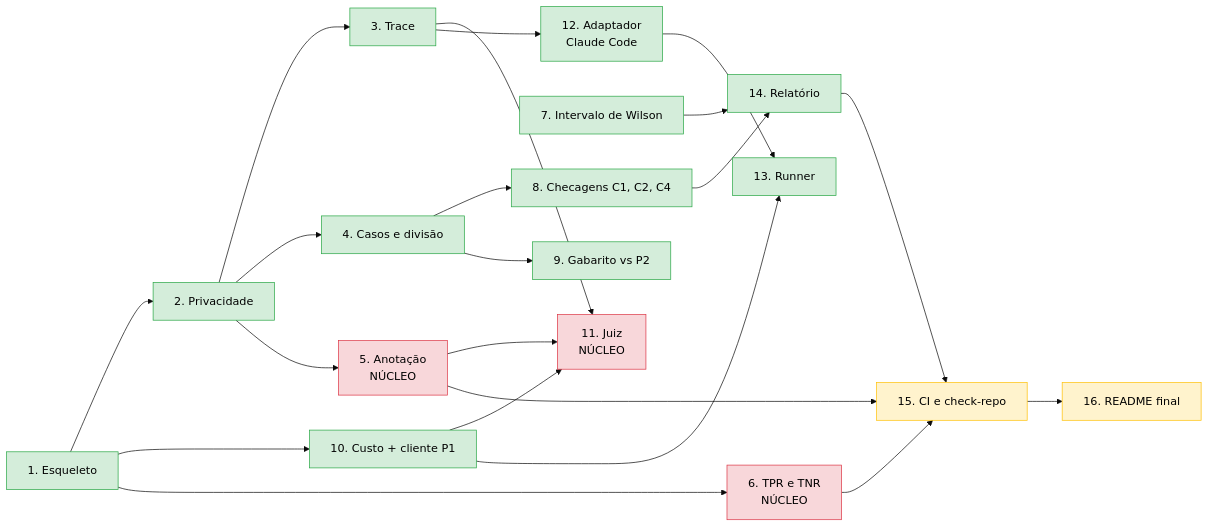
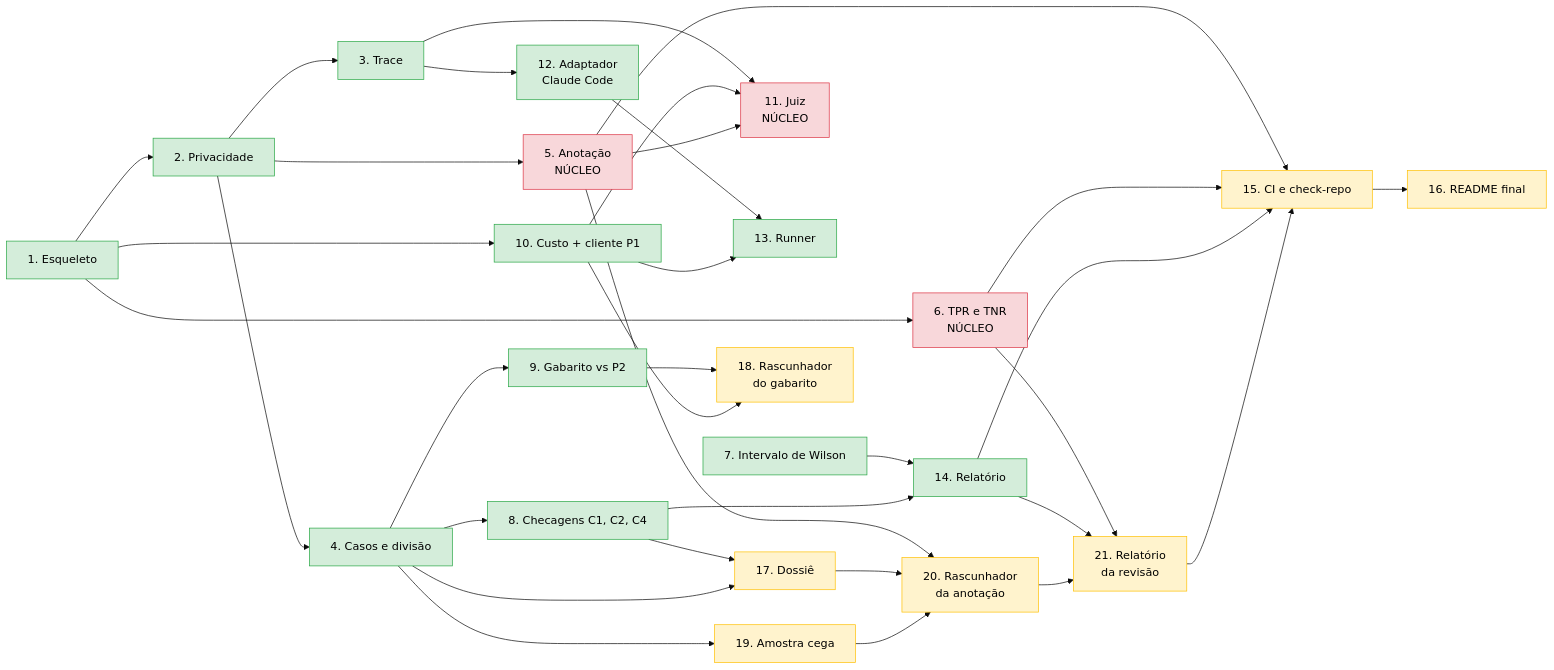
One commit to CristianonCarvalho/harness-p3-evals changed the diagram in docs/diagramas/09-ordem-das-tarefas.md. Above: the diagram before and after it, drawn with Mermaid (base theme). The commit also changed other lines of this file and 2 other files, not shown here.

Commit message:
Plano: Tarefa 5 reescrita e tarefas 17 a 21 da revisao
Contrato da Tarefa 5 com as decisoes 1 a 14 de D2 (aplicabilidade pelo
caso e trace, versoes, uncertain, tipo cega/revisada, note em todo fail).
Tarefas 6, 11 e 15 ajustadas (so cegas, concordancia consigo mesmo,
familias do juiz e do rascunhador, checagens dos rascunhos). Novas:
17 dossie, 18 rascunhador do gabarito, 19 amostra cega, 20 rascunhador
da anotacao, 21 relatorio da revisao. Marcos M1, M7 a M8 refeitos;
diagrama 09 e README atualizados.

````diff
--- a/docs/diagramas/09-ordem-das-tarefas.md
+++ b/docs/diagramas/09-ordem-das-tarefas.md
@@ -5,34 +5,47 @@
 ```mermaid
 flowchart LR
     t1["1. Esqueleto"] --> t2["2. Privacidade"]
     t2 --> t3["3. Trace"]
     t2 --> t4["4. Casos e divisão"]
     t4 --> t8["8. Checagens C1, C2, C4"]
     t7["7. Intervalo de Wilson"] --> t14["14. Relatório"]
     t8 --> t14
     t4 --> t9["9. Gabarito vs P2"]
     t1 --> t10["10. Custo + cliente P1"]
 
     t2 --> t5["5. Anotação<br/>NÚCLEO"]
     t1 --> t6["6. TPR e TNR<br/>NÚCLEO"]
     t3 --> t11["11. Juiz<br/>NÚCLEO"]
     t10 --> t11
     t5 --> t11
 
     t3 --> t12["12. Adaptador<br/>Claude Code"]
     t12 --> t13["13. Runner"]
     t10 --> t13
 
     t5 --> t15["15. CI e check-repo"]
     t6 --> t15
     t14 --> t15
     t15 --> t16["16. README final"]
 
+    t8 --> t17["17. Dossiê"]
+    t4 --> t17
+    t9 --> t18["18. Rascunhador<br/>do gabarito"]
+    t10 --> t18
+    t4 --> t19["19. Amostra cega"]
+    t5 --> t20["20. Rascunhador<br/>da anotação"]
+    t17 --> t20
+    t19 --> t20
+    t6 --> t21["21. Relatório<br/>da revisão"]
+    t14 --> t21
+    t20 --> t21
+    t21 --> t15
+
     classDef feito fill:#d4edda,stroke:#28a745,color:#000
     classDef falta fill:#fff3cd,stroke:#ffc107,color:#000
     classDef seu fill:#f8d7da,stroke:#dc3545,color:#000
 
     class t1,t2,t3,t4,t7,t8,t9,t10,t12,t13,t14 feito
-    class t15,t16 falta
+    class t15,t16,t17,t18,t19,t20,t21 falta
     class t5,t6,t11 seu
 ```
````
